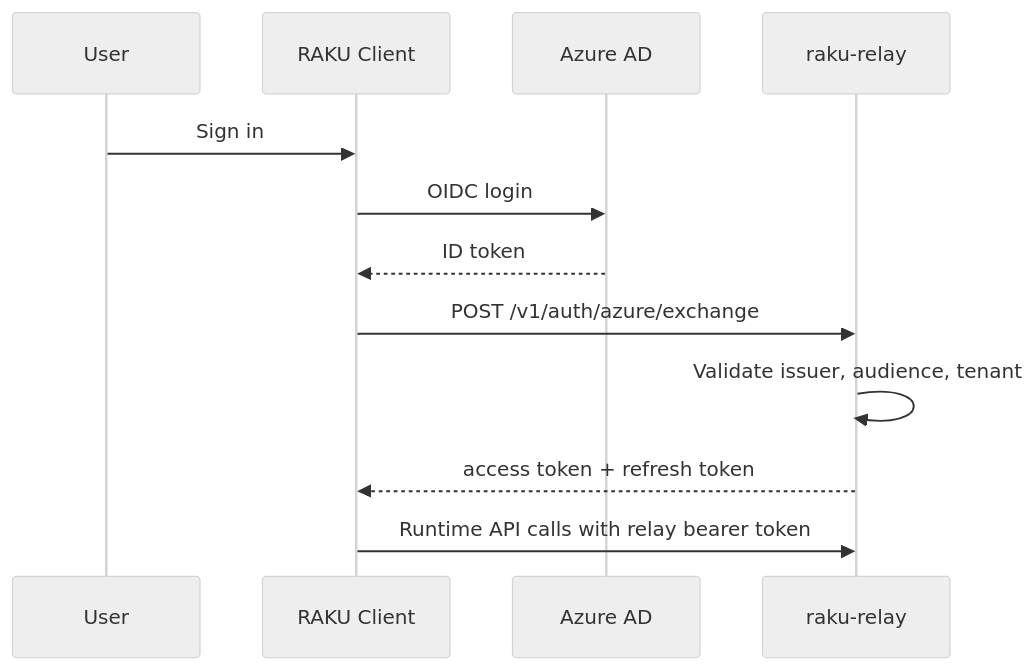
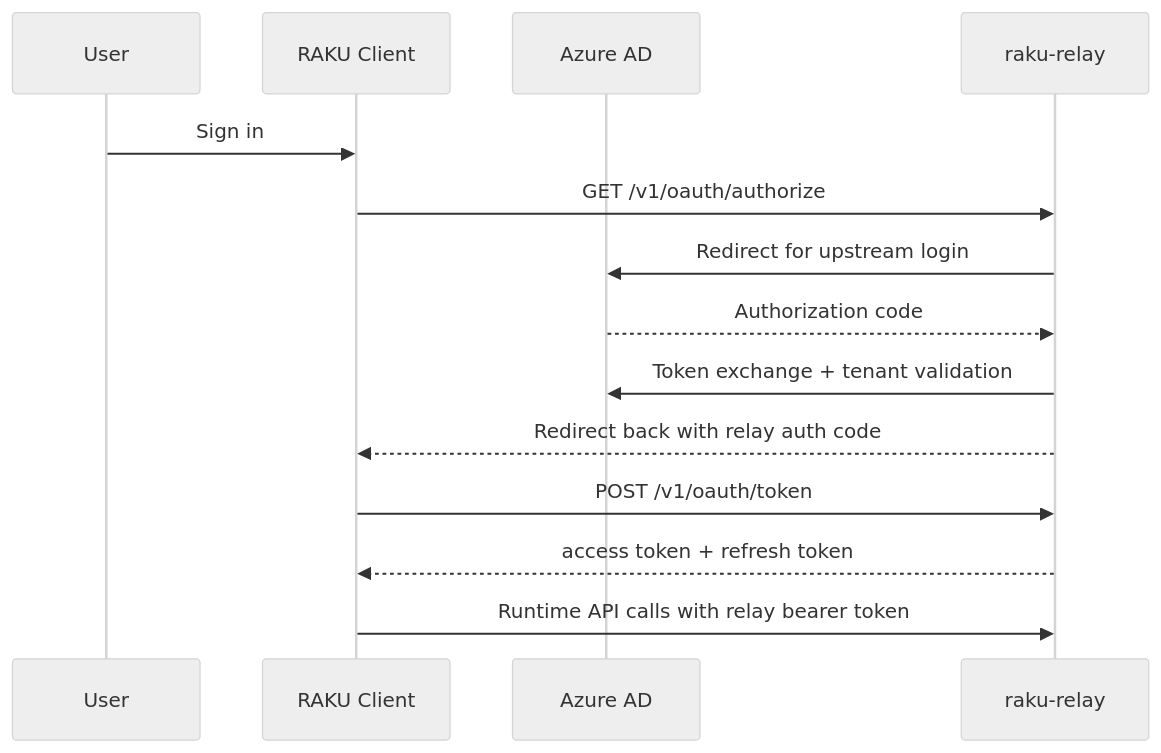
The second of 6 diagrams in howto.md (MrQbit/raku-relay), drawn with Mermaid (neutral theme) before and after one commit. The commit also changed other lines of this file and 8 other files, not shown here.

Commit message:
Add relay-owned OAuth flow and tenant auth config

````diff
--- a/howto.md
+++ b/howto.md
@@ -96,15 +98,17 @@
 ```mermaid
 sequenceDiagram
   participant User
   participant Client as RAKU Client
   participant Azure as Azure AD
   participant Relay as raku-relay
 
   User->>Client: Sign in
-  Client->>Azure: OIDC login
-  Azure-->>Client: ID token
-  Client->>Relay: POST /v1/auth/azure/exchange
-  Relay->>Relay: Validate issuer, audience, tenant
+  Client->>Relay: GET /v1/oauth/authorize
+  Relay->>Azure: Redirect for upstream login
+  Azure-->>Relay: Authorization code
+  Relay->>Azure: Token exchange + tenant validation
+  Relay-->>Client: Redirect back with relay auth code
+  Client->>Relay: POST /v1/oauth/token
   Relay-->>Client: access token + refresh token
   Client->>Relay: Runtime API calls with relay bearer token
 ```
````
